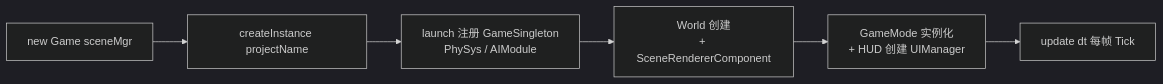
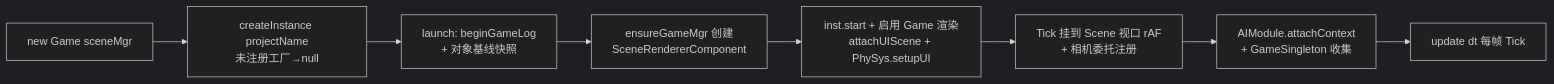
Before and after one commit to Kaplc/DemoStudio: the first of 2 diagrams in doc/engine/gameflow_system.md, drawn with Mermaid (dark theme). The commit also changed other lines of this file and 20 other files, not shown here.

````diff
--- a/doc/engine/gameflow_system.md
+++ b/doc/engine/gameflow_system.md
@@ -37,8 +72,10 @@
 ```mermaid
 flowchart LR
-    A[new Game sceneMgr] --> B[createInstance projectName]
-    B --> C[launch 注册 GameSingleton<br/>PhySys / AIModule]
-    C --> D[World 创建<br/>+ SceneRendererComponent]
-    D --> E[GameMode 实例化<br/>+ HUD 创建 UIManager]
-    E --> F[update dt 每帧 Tick]
+    A[new Game sceneMgr] --> B[createInstance projectName<br/>未注册工厂→null]
+    B --> C[launch: beginGameLog<br/>+ 对象基线快照]
+    C --> D[ensureGameMgr 创建<br/>SceneRendererComponent]
+    D --> E[inst.start + 启用 Game 渲染<br/>attachUIScene + PhySys.setupUI]
+    E --> F[Tick 挂到 Scene 视口 rAF<br/>+ 相机委托注册]
+    F --> G[AIModule.attachContext<br/>+ GameSingleton 收集]
+    G --> H[update dt 每帧 Tick]
 ```
````
